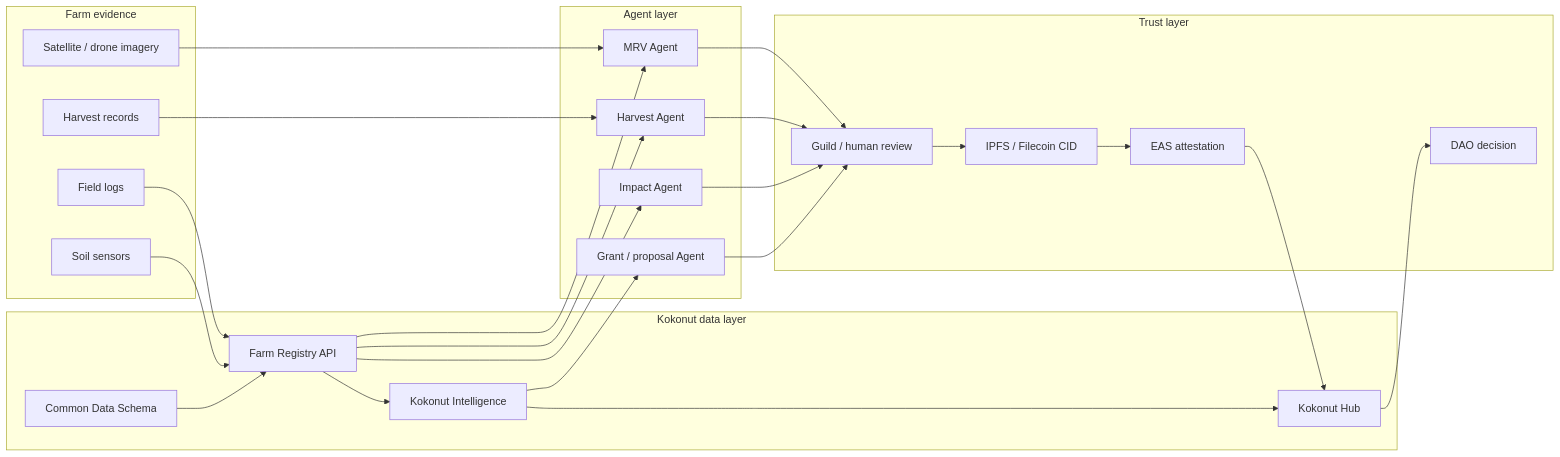
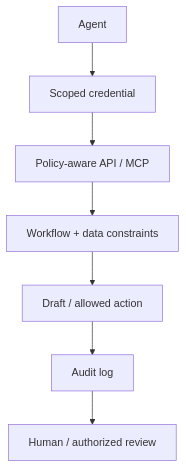
The third of 5 diagrams in kokonut-x-ai-agents.mdx (wasalo/Kokonut-Public-Site), drawn with Mermaid before and after one commit. The commit also changed other lines of this file, not shown here.

Commit message:
docs(builders): rebuild AI agents around governed autonomy

````diff
--- a/kokonut-x-ai-agents.mdx
+++ b/kokonut-x-ai-agents.mdx
@@ -132,50 +260,17 @@
 ```mermaid
-flowchart LR
-    subgraph Farm["Farm evidence"]
-      A["Field logs"]
-      B["Soil sensors"]
-      C["Satellite / drone imagery"]
-      D["Harvest records"]
-    end
+flowchart TD
+    A["Agent"]
+    B["Scoped credential"]
+    C["Policy-aware API / MCP"]
+    D["Workflow + data constraints"]
+    E["Draft / allowed action"]
+    F["Audit log"]
+    G["Human / authorized review"]
 
-    subgraph Data["Kokonut data layer"]
-      E["Common Data Schema"]
-      F["Farm Registry API"]
-      G["Kokonut Intelligence"]
-      H["Kokonut Hub"]
-    end
-
-    subgraph Agents["Agent layer"]
-      I["MRV Agent"]
-      J["Harvest Agent"]
-      K["Impact Agent"]
-      L["Grant / proposal Agent"]
-    end
-
-    subgraph Trust["Trust layer"]
-      M["IPFS / Filecoin CID"]
-      N["EAS attestation"]
-      O["Guild / human review"]
-      P["DAO decision"]
-    end
-
-    A --> F
-    B --> F
-    C --> I
-    D --> J
+    A --> B
+    B --> C
+    C --> D
+    D --> E
     E --> F
     F --> G
-    G --> H
-    F --> I
-    F --> J
-    F --> K
-    G --> L
-    I --> O
-    J --> O
-    K --> O
-    L --> O
-    O --> M
-    M --> N
-    N --> H
-    H --> P
 ```
````
